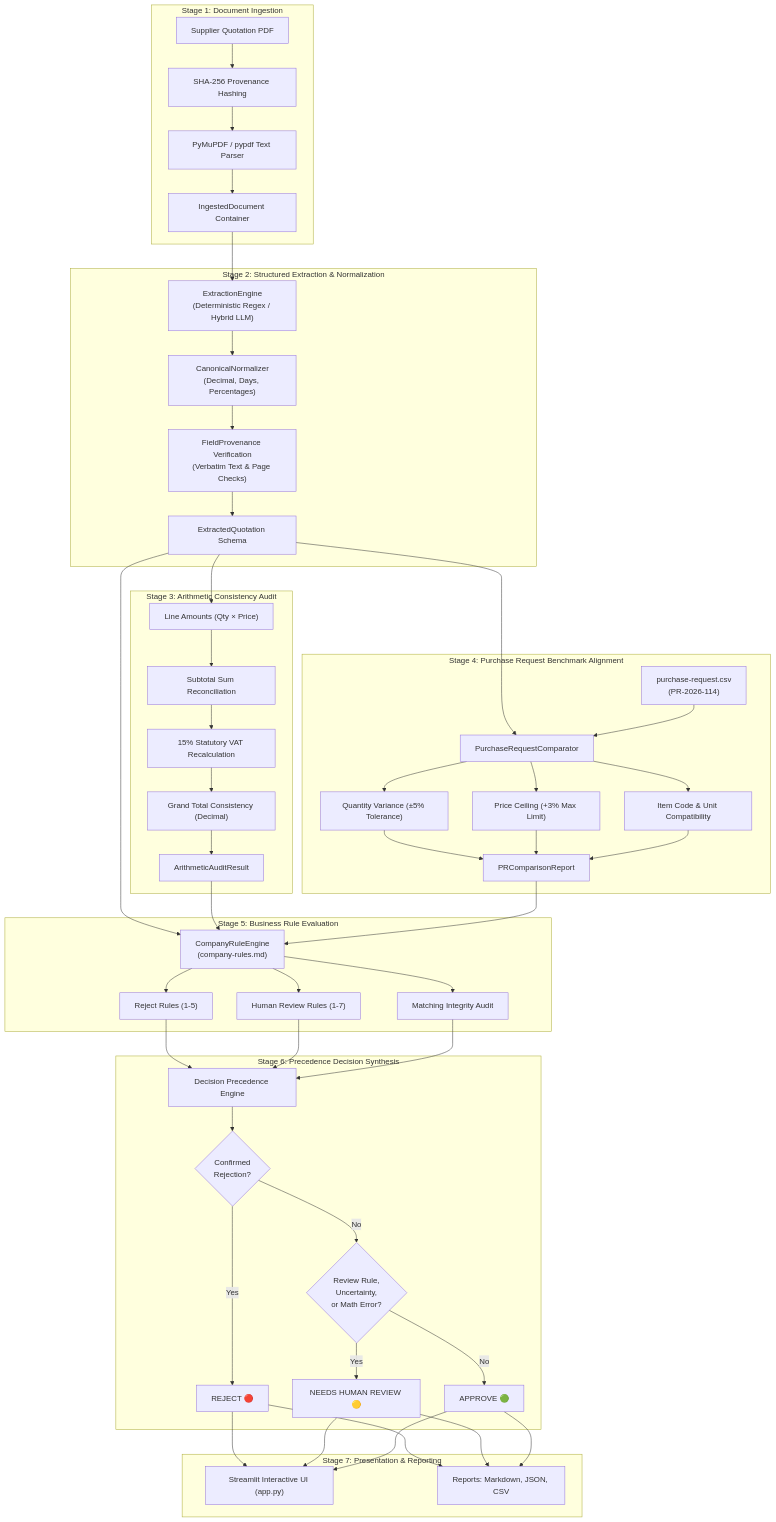
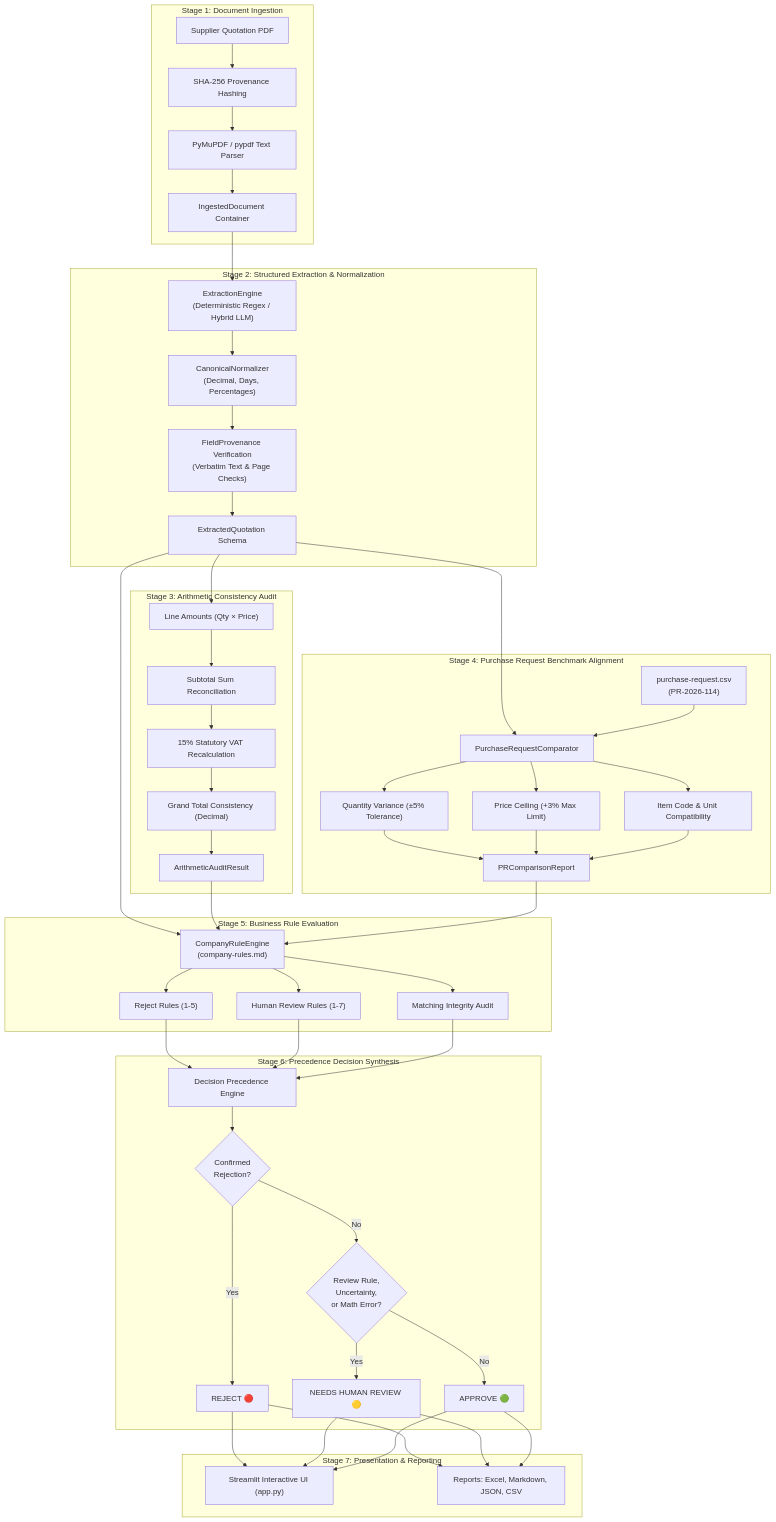
One commit to mdsadikujjaman/biai-supplier-document-verification changed the diagram in README.md. Above: the diagram before and after it, drawn with Mermaid. The commit also changed other lines of this file, not shown here.

````diff
--- a/README.md
+++ b/README.md
@@ -45,52 +53,52 @@
 ```mermaid
 flowchart TD
     subgraph S1["Stage 1: Document Ingestion"]
         PDF["Supplier Quotation PDF"] --> SHA["SHA-256 Provenance Hashing"]
         SHA --> Ingest["PyMuPDF / pypdf Text Parser"]
         Ingest --> IngestDoc["IngestedDocument Container"]
     end
 
     subgraph S2["Stage 2: Structured Extraction & Normalization"]
         IngestDoc --> Extractor["ExtractionEngine\n(Deterministic Regex / Hybrid LLM)"]
         Extractor --> Norm["CanonicalNormalizer\n(Decimal, Days, Percentages)"]
         Norm --> Provenance["FieldProvenance Verification\n(Verbatim Text & Page Checks)"]
         Provenance --> Quotation["ExtractedQuotation Schema"]
     end
 
     subgraph S3["Stage 3: Arithmetic Consistency Audit"]
         Quotation --> LineMath["Line Amounts (Qty × Price)"]
         LineMath --> SubtotalMath["Subtotal Sum Reconciliation"]
         SubtotalMath --> VATMath["15% Statutory VAT Recalculation"]
         VATMath --> TotalMath["Grand Total Consistency (Decimal)"]
         TotalMath --> MathAudit["ArithmeticAuditResult"]
     end
 
     subgraph S4["Stage 4: Purchase Request Benchmark Alignment"]
         Quotation & PR["purchase-request.csv\n(PR-2026-114)"] --> Comparator["PurchaseRequestComparator"]
         Comparator --> QtyTol["Quantity Variance (±5% Tolerance)"]
         Comparator --> PriceCeil["Price Ceiling (+3% Max Limit)"]
         Comparator --> ItemMatch["Item Code & Unit Compatibility"]
         QtyTol & PriceCeil & ItemMatch --> PRReport["PRComparisonReport"]
     end
 
     subgraph S5["Stage 5: Business Rule Evaluation"]
         Quotation & MathAudit & PRReport --> RulesEngine["CompanyRuleEngine\n(company-rules.md)"]
         RulesEngine --> RejectRules["Reject Rules (1-5)"]
         RulesEngine --> ReviewRules["Human Review Rules (1-7)"]
         RulesEngine --> Integrity["Matching Integrity Audit"]
     end
 
     subgraph S6["Stage 6: Precedence Decision Synthesis"]
         RejectRules & ReviewRules & Integrity --> Precedence["Decision Precedence Engine"]
         Precedence --> C1{"Confirmed\nRejection?"}
         C1 -- Yes --> REJECT["REJECT 🔴"]
         C1 -- No --> C2{"Review Rule,\nUncertainty,\nor Math Error?"}
         C2 -- Yes --> REVIEW["NEEDS HUMAN REVIEW 🟡"]
         C2 -- No --> APPROVE["APPROVE 🟢"]
     end
 
     subgraph S7["Stage 7: Presentation & Reporting"]
         REJECT & REVIEW & APPROVE --> WebUI["Streamlit Interactive UI (app.py)"]
-        REJECT & REVIEW & APPROVE --> Reports["Reports: Markdown, JSON, CSV"]
+        REJECT & REVIEW & APPROVE --> Reports["Reports: Excel, Markdown, JSON, CSV"]
     end
 ```
````
